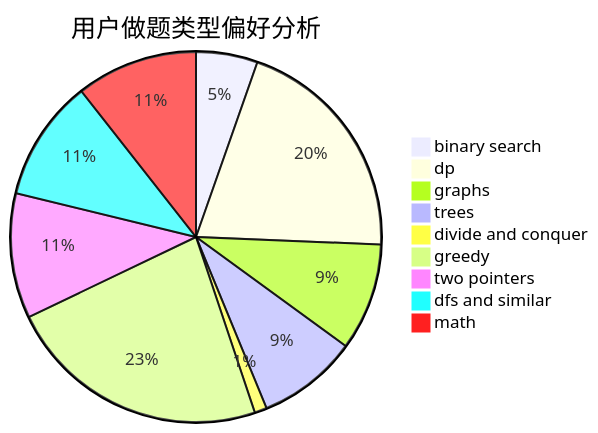
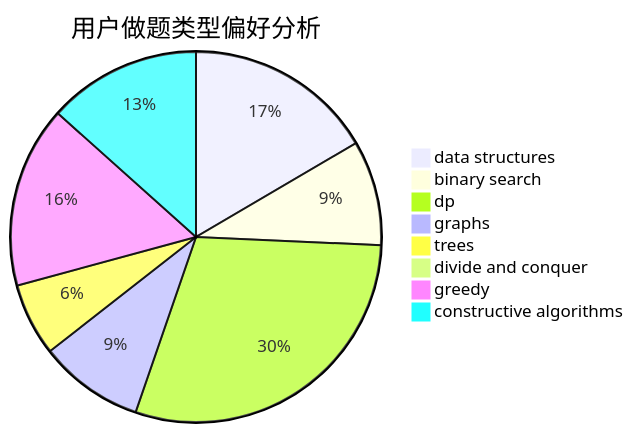
Before and after one commit to sherpahu/cfrs.github.io: the second of 3 diagrams in docs/user/u2220.md, drawn with Mermaid. The commit also changed other lines of this file and 2775 other files, not shown here.

````diff
--- a/docs/user/u2220.md
+++ b/docs/user/u2220.md
@@ -23,12 +23,11 @@
 ```mermaid
 pie title 用户做题类型偏好分析
-    "binary search" :  35
-    "dp" :  132
-    "graphs" :  61
-    "trees" :  57
-    "divide and conquer" :  7
-    "greedy" :  150
-    "two pointers" :  71
-    "dfs and similar" :  69
-    "math" :  69
+    "data structures" :  47
+    "binary search" :  26
+    "dp" :  84
+    "graphs" :  26
+    "trees" :  18
+    "divide and conquer" :  0
+    "greedy" :  45
+    "constructive algorithms" :  38
 ```
````
